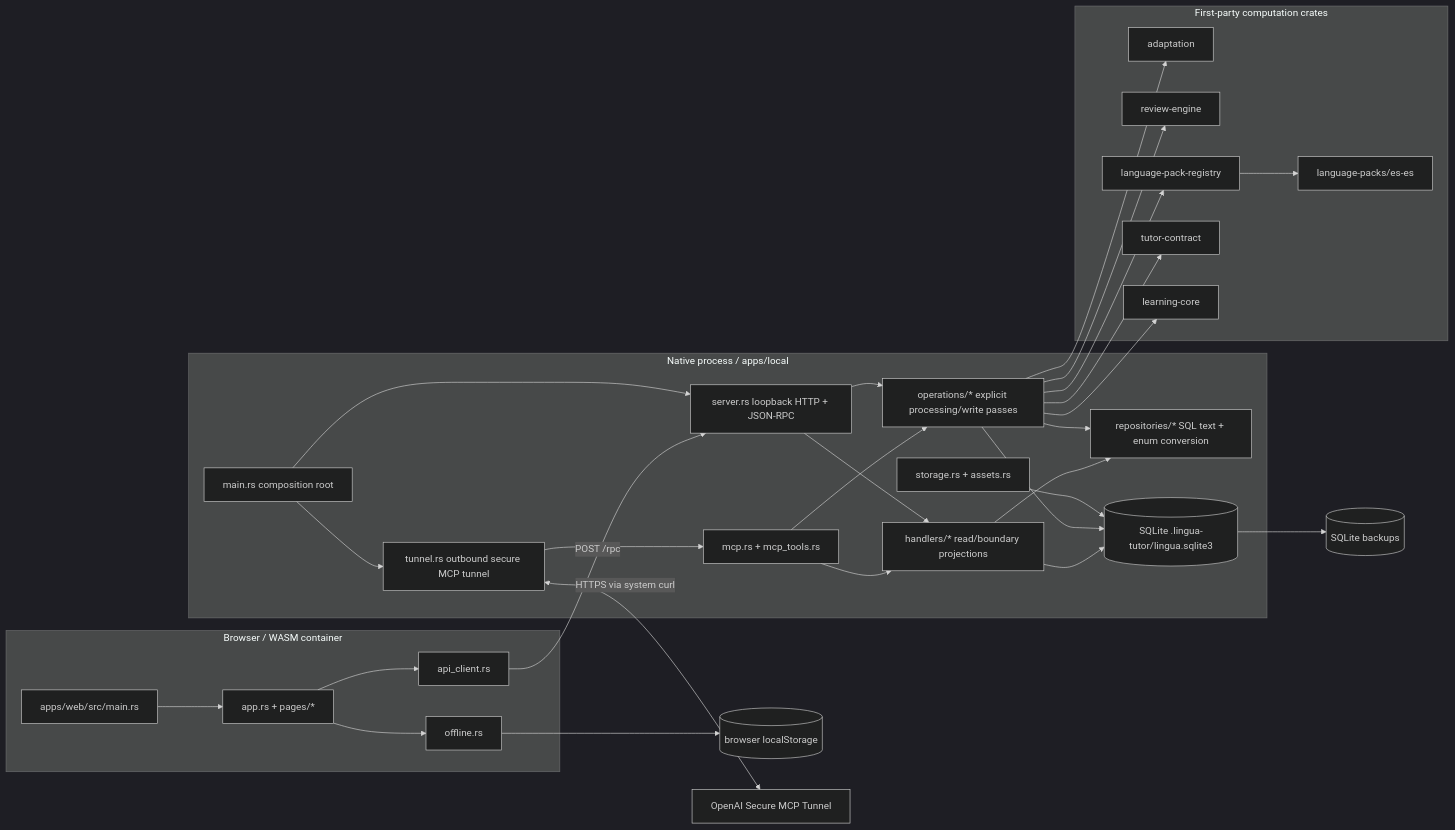
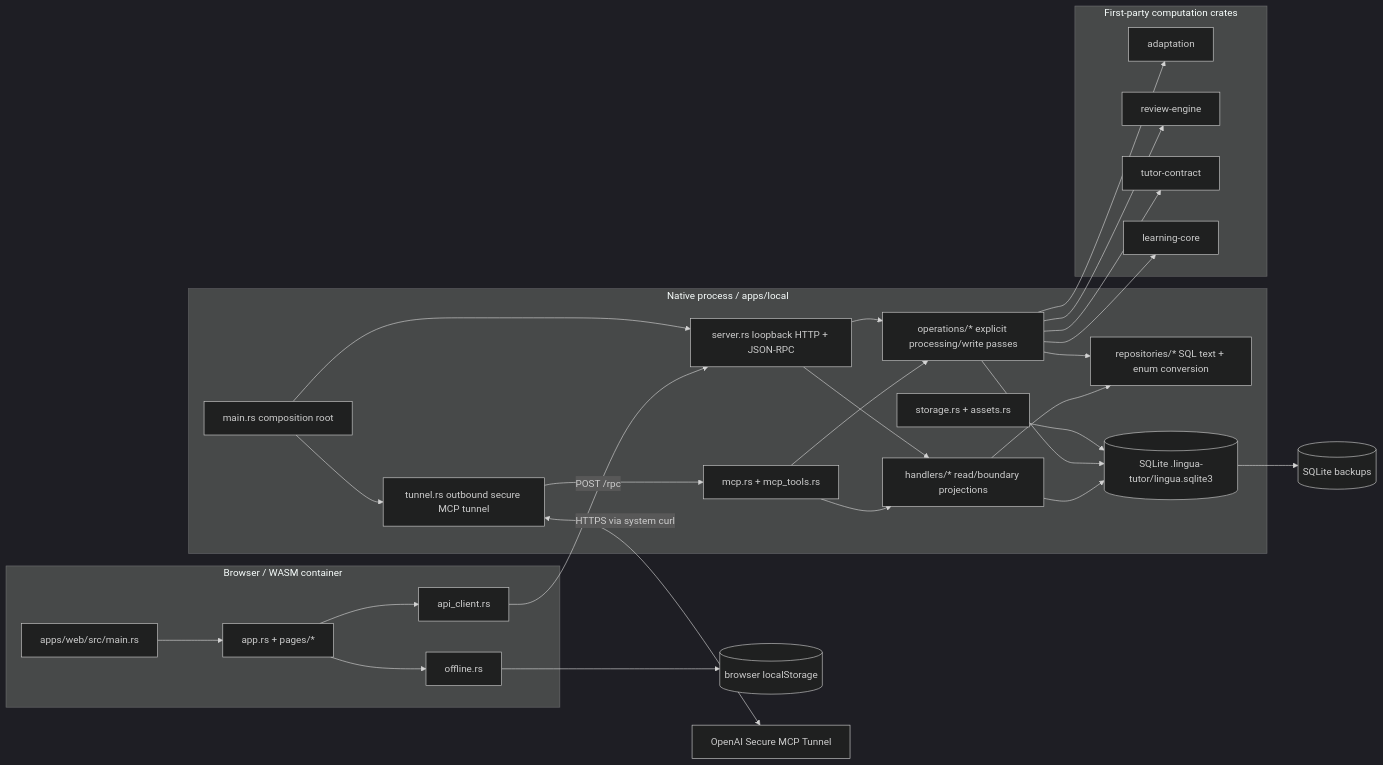
Before and after one commit to agredyaev/lingua-tutor: the second of 4 diagrams in docs/dod-preflight.md, drawn with Mermaid (dark theme). The commit also changed other lines of this file and 131 other files, not shown here.

````diff
--- a/docs/dod-preflight.md
+++ b/docs/dod-preflight.md
@@ -29,60 +29,56 @@
 ```mermaid
 flowchart LR
   subgraph Browser["Browser / WASM container"]
     WebMain["apps/web/src/main.rs"]
     WebApp["app.rs + pages/*"]
     RpcClient["api_client.rs"]
     Offline["offline.rs"]
     WebMain --> WebApp
     WebApp --> RpcClient
     WebApp --> Offline
   end
 
   subgraph Native["Native process / apps/local"]
     Main["main.rs composition root"]
     Server["server.rs loopback HTTP + JSON-RPC"]
     Tunnel["tunnel.rs outbound secure MCP tunnel"]
     MCP["mcp.rs + mcp_tools.rs"]
     Ops["operations/* explicit processing/write passes"]
     Reads["handlers/* read/boundary projections"]
     SQL["repositories/* SQL text + enum conversion"]
     Storage["storage.rs + assets.rs"]
     Main --> Server
     Main --> Tunnel
     Tunnel --> MCP
     Server --> Ops
     Server --> Reads
     MCP --> Ops
     MCP --> Reads
     Ops --> SQL
     Reads --> SQL
     Storage --> SQLite
     Ops --> SQLite
     Reads --> SQLite
   end
 
   subgraph Compute["First-party computation crates"]
     Adapt["adaptation"]
     Review["review-engine"]
-    Registry["language-pack-registry"]
-    Pack["language-packs/es-es"]
     Contract["tutor-contract"]
     Core["learning-core"]
   end
 
   SQLite[("SQLite .lingua-tutor/lingua.sqlite3")]
   Backup[("SQLite backups")]
   LocalStorage[("browser localStorage")]
   OpenAI["OpenAI Secure MCP Tunnel"]
 
   RpcClient -->|POST /rpc| Server
   Offline --> LocalStorage
   Tunnel <-->|HTTPS via system curl| OpenAI
   Ops --> Adapt
   Ops --> Review
-  Ops --> Registry
-  Registry --> Pack
   Ops --> Contract
   Ops --> Core
   SQLite --> Backup
 ```
````
